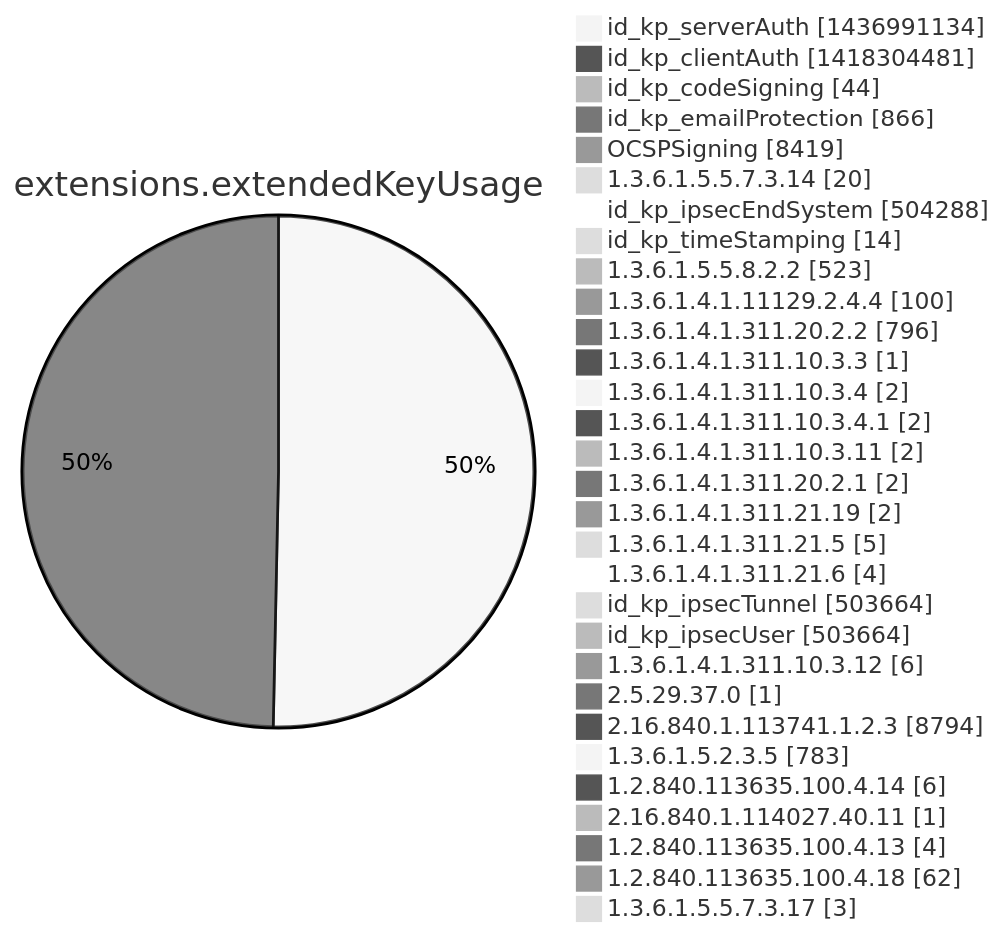
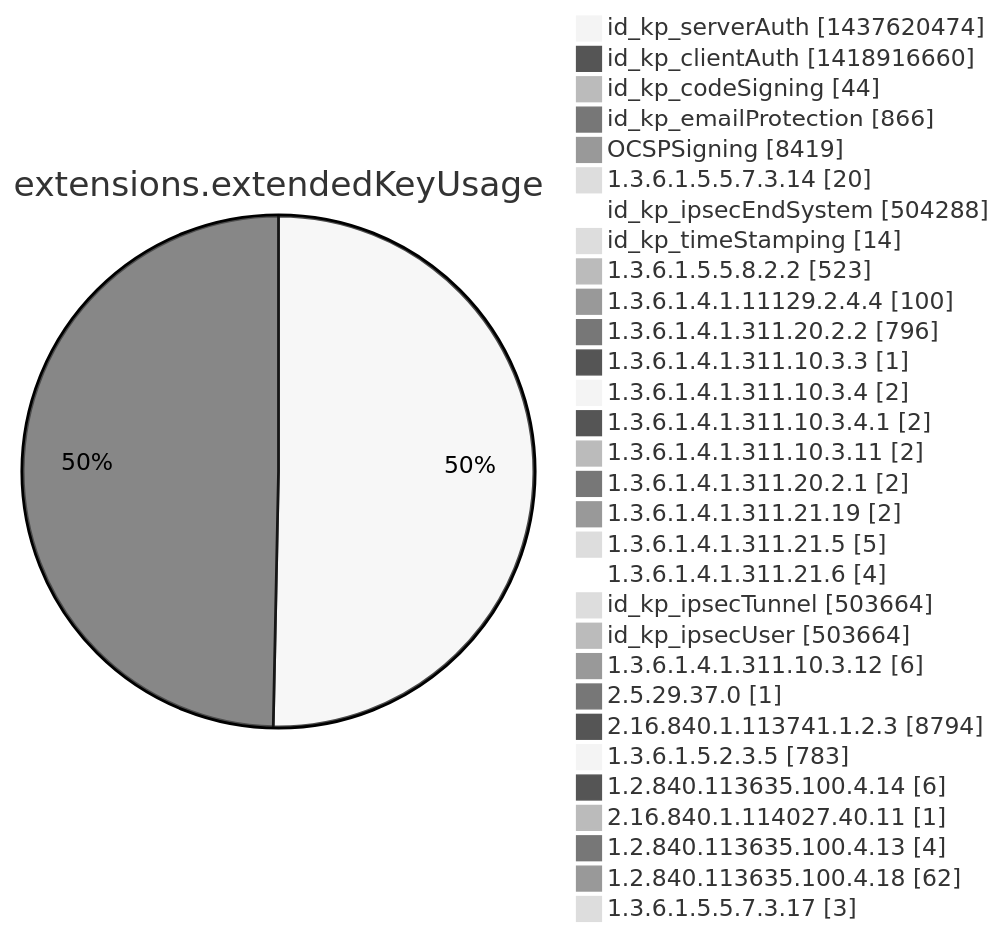
One commit to christiankrug/ctmonitor_visualization changed diagram 12 of 15 in argon2022/README.md. Above: the diagram before and after it, drawn with Mermaid (neutral theme). The commit also changed other lines of this file, not shown here.

````diff
--- a/argon2022/README.md
+++ b/argon2022/README.md
@@ -3555,34 +3555,34 @@
 ```mermaid
 pie showData
 title extensions.extendedKeyUsage
-"id_kp_serverAuth" :1436991134
-"id_kp_clientAuth" :1418304481
+"id_kp_serverAuth" :1437620474
+"id_kp_clientAuth" :1418916660
 "id_kp_codeSigning" :44
 "id_kp_emailProtection" :866
 "OCSPSigning" :8419
 "1.3.6.1.5.5.7.3.14" :20
 "id_kp_ipsecEndSystem" :504288
 "id_kp_timeStamping" :14
 "1.3.6.1.5.5.8.2.2" :523
 "1.3.6.1.4.1.11129.2.4.4" :100
 "1.3.6.1.4.1.311.20.2.2" :796
 "1.3.6.1.4.1.311.10.3.3" :1
 "1.3.6.1.4.1.311.10.3.4" :2
 "1.3.6.1.4.1.311.10.3.4.1" :2
 "1.3.6.1.4.1.311.10.3.11" :2
 "1.3.6.1.4.1.311.20.2.1" :2
 "1.3.6.1.4.1.311.21.19" :2
 "1.3.6.1.4.1.311.21.5" :5
 "1.3.6.1.4.1.311.21.6" :4
 "id_kp_ipsecTunnel" :503664
 "id_kp_ipsecUser" :503664
 "1.3.6.1.4.1.311.10.3.12" :6
 "2.5.29.37.0" :1
 "2.16.840.1.113741.1.2.3" :8794
 "1.3.6.1.5.2.3.5" :783
 "1.2.840.113635.100.4.14" :6
 "2.16.840.1.114027.40.11" :1
 "1.2.840.113635.100.4.13" :4
 "1.2.840.113635.100.4.18" :62
 "1.3.6.1.5.5.7.3.17" :3
 ```
````
